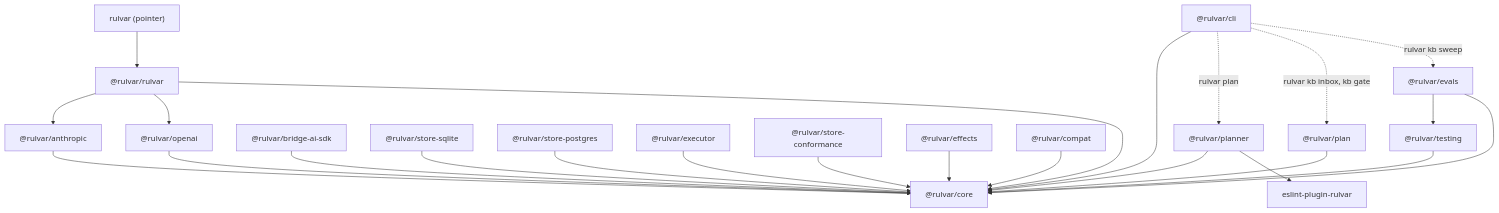
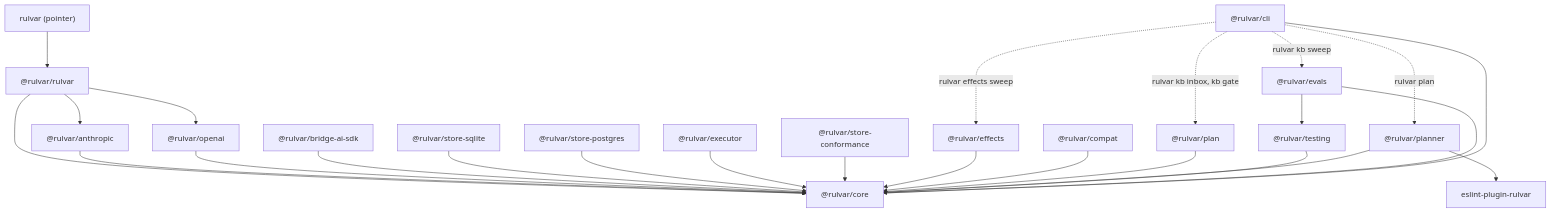
One commit to o-stepper/rulvar changed the diagram in docs/reference/packages.md. Above: the diagram before and after it, drawn with Mermaid. The commit also changed other lines of this file and 23 other files, not shown here.

````diff
--- a/docs/reference/packages.md
+++ b/docs/reference/packages.md
@@ -85,26 +85,27 @@
 ```mermaid
 graph TD
   pointer["rulvar (pointer)"] --> umbrella["@rulvar/rulvar"]
   umbrella --> anthropic["@rulvar/anthropic"]
   umbrella --> openai["@rulvar/openai"]
   umbrella --> core["@rulvar/core"]
   anthropic --> core
   openai --> core
   bridge["@rulvar/bridge-ai-sdk"] --> core
   sqlite["@rulvar/store-sqlite"] --> core
   postgres["@rulvar/store-postgres"] --> core
   executor["@rulvar/executor"] --> core
   conformance["@rulvar/store-conformance"] --> core
   effects["@rulvar/effects"] --> core
   compat["@rulvar/compat"] --> core
   plan["@rulvar/plan"] --> core
   planner["@rulvar/planner"] --> core
   planner --> eslintPlugin["eslint-plugin-rulvar"]
   testing["@rulvar/testing"] --> core
   evals["@rulvar/evals"] --> testing
   evals --> core
   cli["@rulvar/cli"] --> core
   cli -.->|"rulvar plan"| planner
   cli -.->|"rulvar kb inbox, kb gate"| plan
   cli -.->|"rulvar kb sweep"| evals
+  cli -.->|"rulvar effects sweep"| effects
 ```
````
